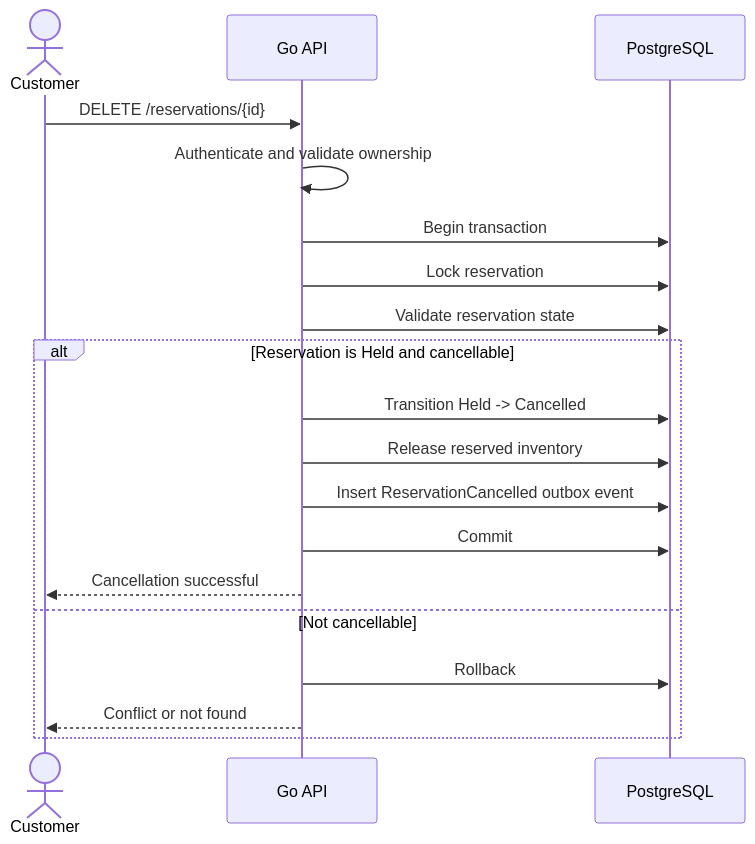
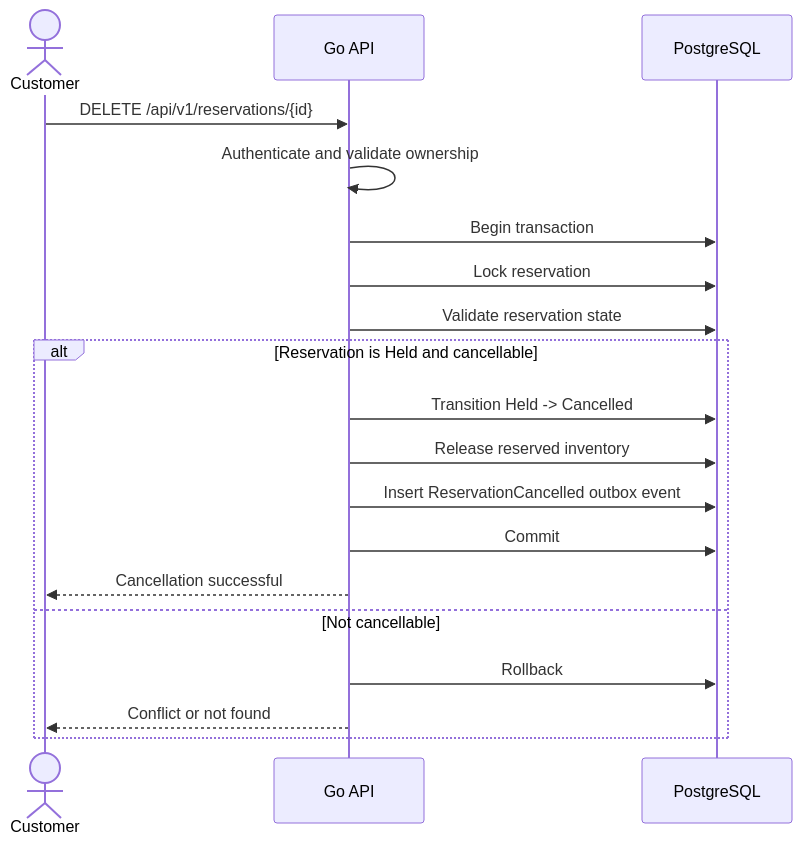
Before and after one commit to Punith1117/ticket-forge: diagram 13 of 15 in docs/sequence-diagrams.md, drawn with Mermaid. The commit also changed other lines of this file and 7 other files, not shown here.

````diff
--- a/docs/sequence-diagrams.md
+++ b/docs/sequence-diagrams.md
@@ -343,27 +502,27 @@
 ```mermaid
 sequenceDiagram
     actor C as Customer
     participant API as Go API
     participant DB as PostgreSQL
 
-    C->>API: DELETE /reservations/{id}
+    C->>API: DELETE /api/v1/reservations/{id}
 
     API->>API: Authenticate and validate ownership
 
     API->>DB: Begin transaction
     API->>DB: Lock reservation
     API->>DB: Validate reservation state
 
     alt Reservation is Held and cancellable
         API->>DB: Transition Held -> Cancelled
         API->>DB: Release reserved inventory
         API->>DB: Insert ReservationCancelled outbox event
         API->>DB: Commit
 
         API-->>C: Cancellation successful
 
     else Not cancellable
         API->>DB: Rollback
         API-->>C: Conflict or not found
     end
 ```
````
